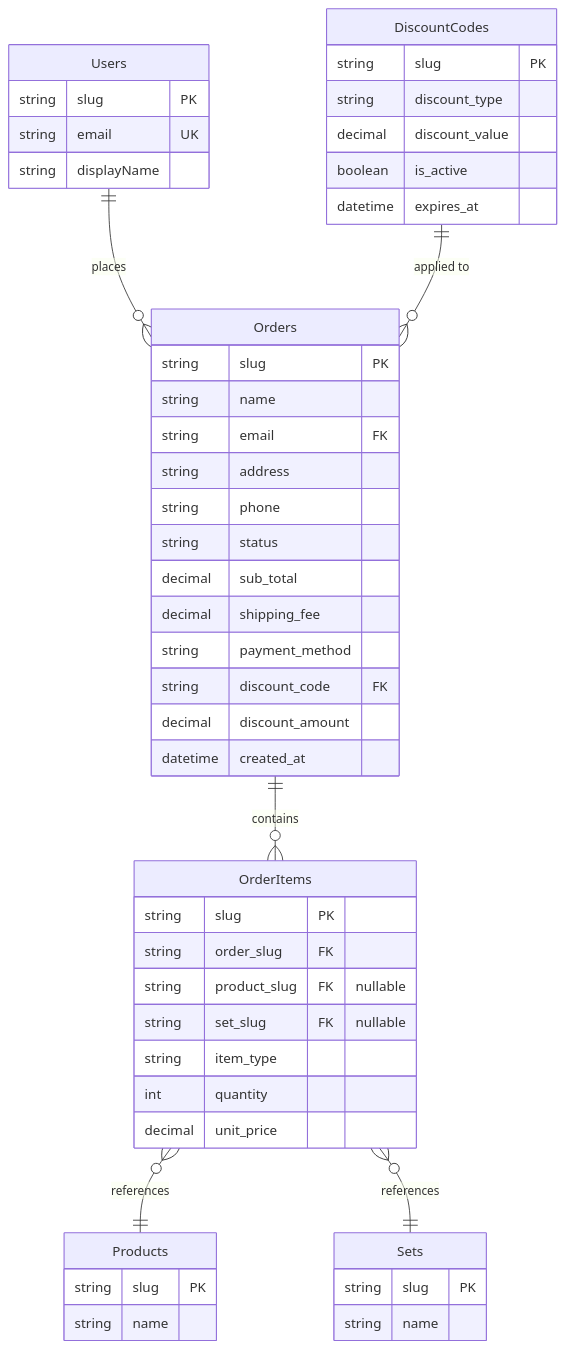
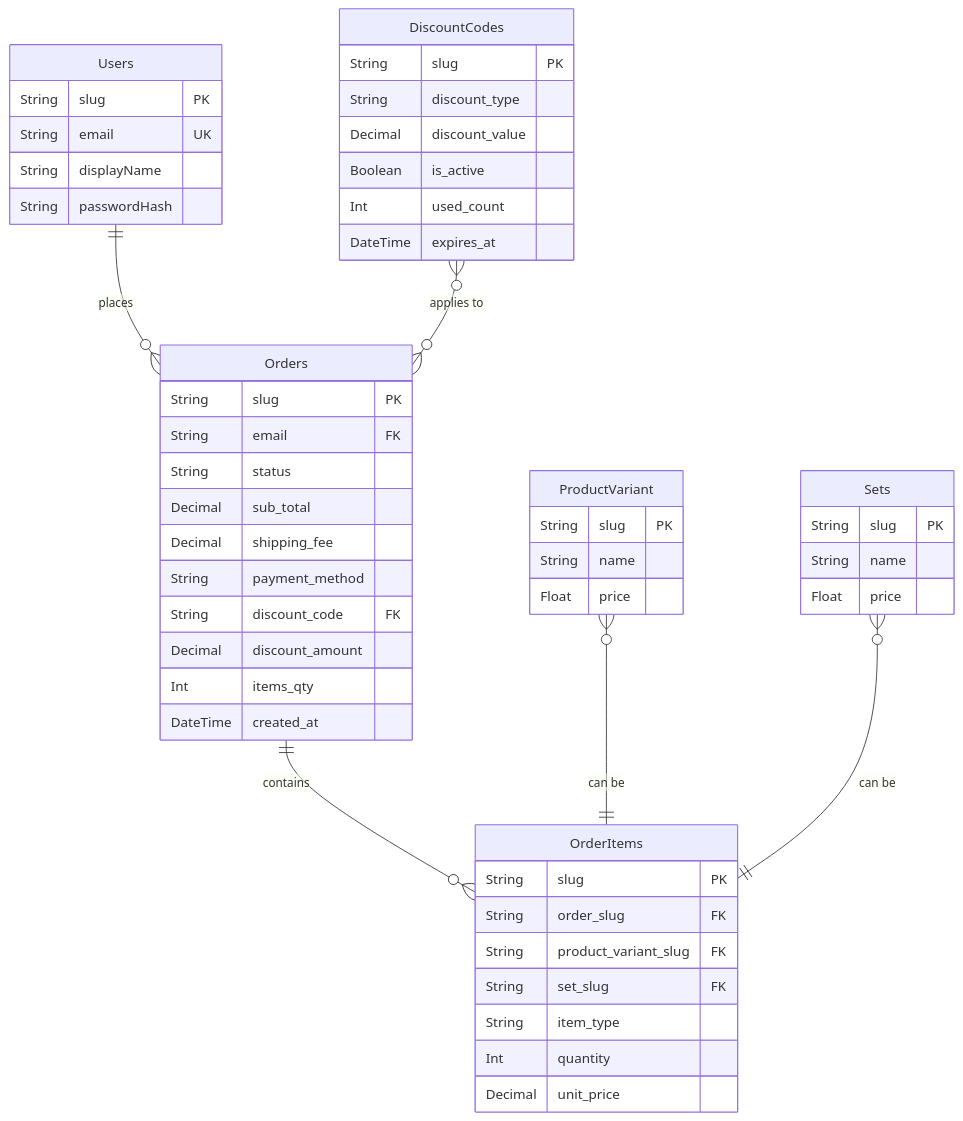
Before and after one commit to aymanbazyan/storeflow-docs: the first of 5 diagrams in docs/01-Overview/02-Tech-Stack-Concepts.md, drawn with Mermaid. The commit also changed other lines of this file and 13 other files, not shown here.

````diff
--- a/docs/01-Overview/02-Tech-Stack-Concepts.md
+++ b/docs/01-Overview/02-Tech-Stack-Concepts.md
@@ -23,59 +23,59 @@
 ```mermaid
 erDiagram
     Users {
-        string slug PK
-        string email UK
-        string displayName
+        String slug PK
+        String email UK
+        String displayName
+        String passwordHash
     }
 
     Orders {
-        string slug PK
-        string name
-        string email FK
-        string address
-        string phone
-        string status
-        decimal sub_total
-        decimal shipping_fee
-        string payment_method
-        string discount_code FK
-        decimal discount_amount
-        datetime created_at
+        String slug PK
+        String email FK
+        String status
+        Decimal sub_total
+        Decimal shipping_fee
+        String payment_method
+        String discount_code FK
+        Decimal discount_amount
+        Int items_qty
+        DateTime created_at
     }
 
     OrderItems {
-        string slug PK
-        string order_slug FK
-        string product_slug FK "nullable"
-        string set_slug FK "nullable"
-        string item_type
-        int quantity
-        decimal unit_price
+        String slug PK
+        String order_slug FK
+        String product_variant_slug FK
+        String set_slug FK
+        String item_type
+        Int quantity
+        Decimal unit_price
     }
 
     DiscountCodes {
-        string slug PK
-        string discount_type
-        decimal discount_value
-        boolean is_active
-        datetime expires_at
+        String slug PK
+        String discount_type
+        Decimal discount_value
+        Boolean is_active
+        Int used_count
+        DateTime expires_at
     }
 
-    %% Tables from other domains shown for context
-    Products {
-      string slug PK
-      string name
+    ProductVariant {
+        String slug PK
+        String name
+        Float price
     }
 
     Sets {
-      string slug PK
-      string name
+        String slug PK
+        String name
+        Float price
     }
 
-    %% Relationships
     Users ||--o{ Orders : "places"
     Orders ||--o{ OrderItems : "contains"
-    DiscountCodes ||--o{ Orders : "applied to"
-    OrderItems }o--|| Products : "references"
-    OrderItems }o--|| Sets : "references"
+    DiscountCodes }o--o{ Orders : "applies to"
+    ProductVariant }o--|| OrderItems : "can be"
+    Sets }o--|| OrderItems : "can be"
 ```
````
